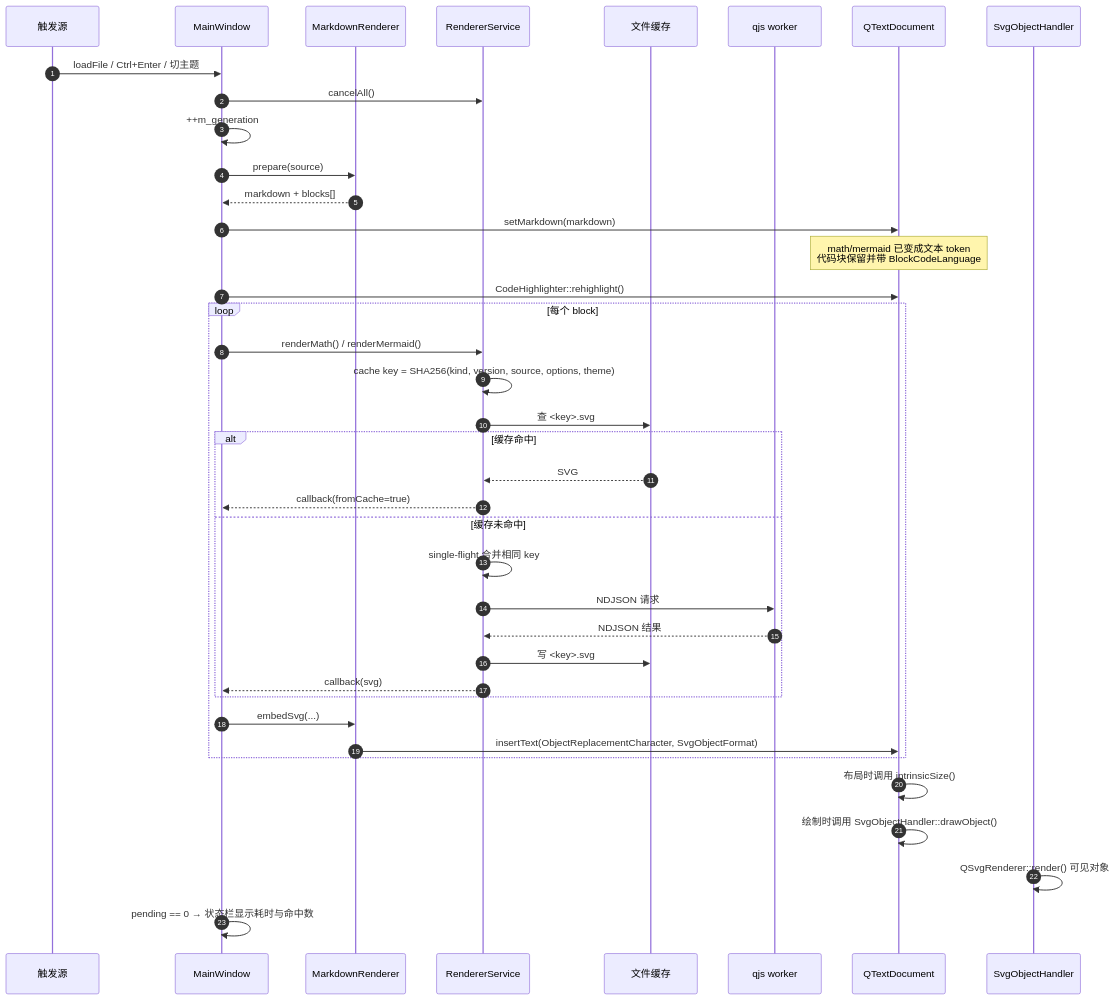
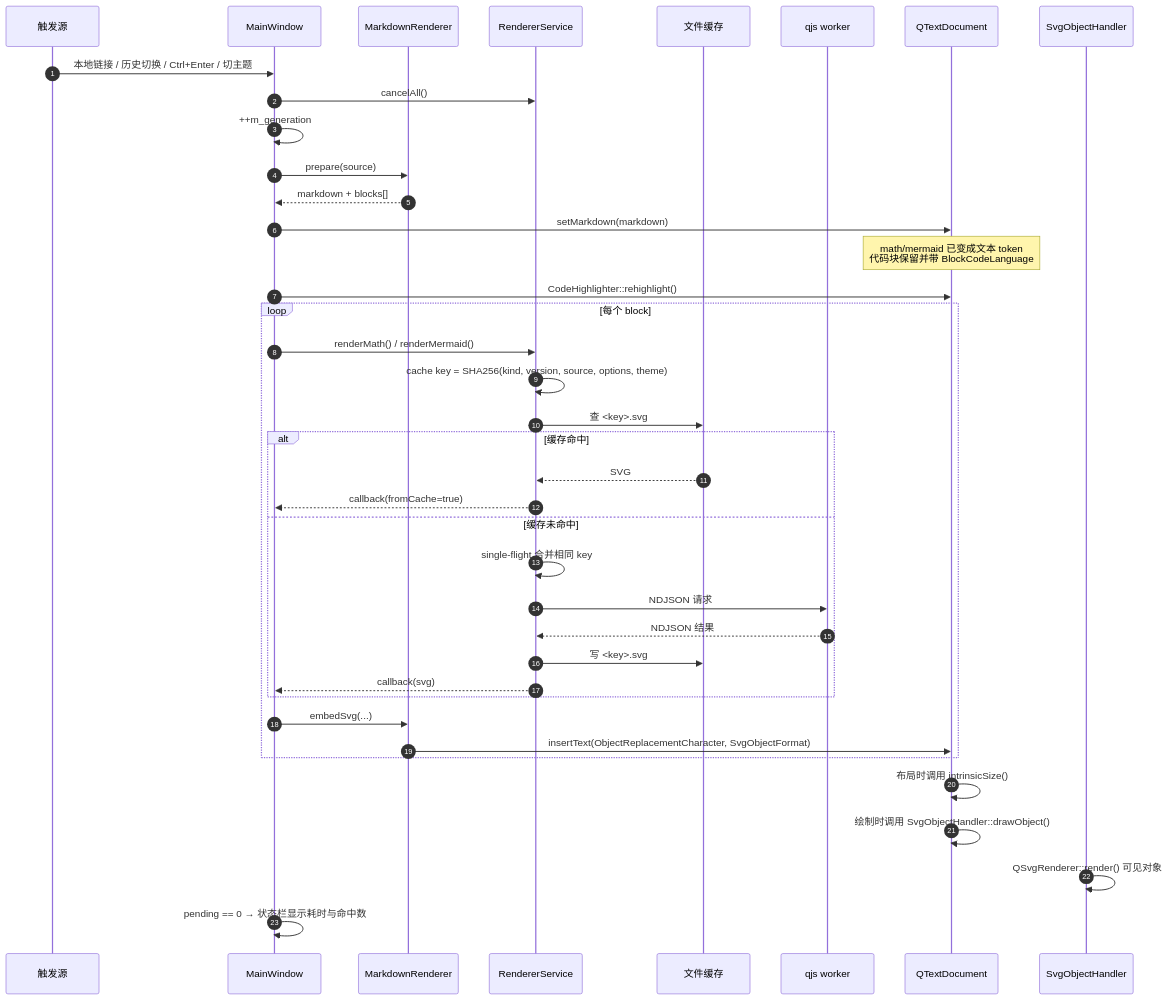
One commit to iLogIng/qt-rich-text-renderer changed the second of 9 diagrams in docs/FLOW.md. Above: the diagram before and after it, drawn with Mermaid. The commit also changed other lines of this file and 18 other files, not shown here.

````diff
--- a/docs/FLOW.md
+++ b/docs/FLOW.md
@@ -48,43 +51,43 @@
 ```mermaid
 sequenceDiagram
     autonumber
     participant U as 触发源
     participant MW as MainWindow
     participant MR as MarkdownRenderer
     participant RS as RendererService
     participant FS as 文件缓存
     participant Q as qjs worker
     participant TD as QTextDocument
 
-    U->>MW: loadFile / Ctrl+Enter / 切主题
+    U->>MW: 本地链接 / 历史切换 / Ctrl+Enter / 切主题
     MW->>RS: cancelAll()
     MW->>MW: ++m_generation
     MW->>MR: prepare(source)
     MR-->>MW: markdown + blocks[]
     MW->>TD: setMarkdown(markdown)
     Note over TD: math/mermaid 已变成文本 token<br/>代码块保留并带 BlockCodeLanguage
     MW->>TD: CodeHighlighter::rehighlight()
 
     loop 每个 block
         MW->>RS: renderMath() / renderMermaid()
         RS->>RS: cache key = SHA256(kind, version, source, options, theme)
         RS->>FS: 查 <key>.svg
         alt 缓存命中
             FS-->>RS: SVG
             RS-->>MW: callback(fromCache=true)
         else 缓存未命中
             RS->>RS: single-flight 合并相同 key
             RS->>Q: NDJSON 请求
             Q-->>RS: NDJSON 结果
             RS->>FS: 写 <key>.svg
             RS-->>MW: callback(svg)
         end
         MW->>MR: embedSvg(...)
         MR->>TD: insertText(ObjectReplacementCharacter, SvgObjectFormat)
     end
 
     TD->>TD: 布局时调用 intrinsicSize()
     TD->>TD: 绘制时调用 SvgObjectHandler::drawObject()
     SvgObjectHandler->>SvgObjectHandler: QSvgRenderer::render() 可见对象
     MW->>MW: pending == 0 → 状态栏显示耗时与命中数
 ```
````
